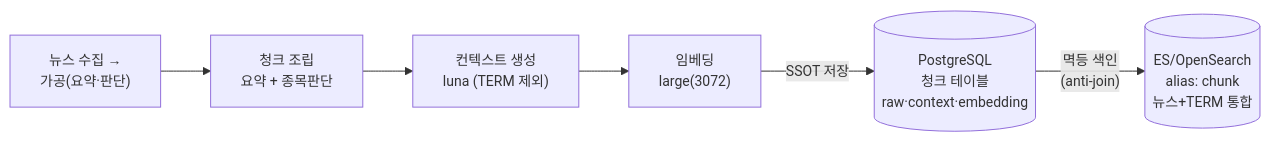
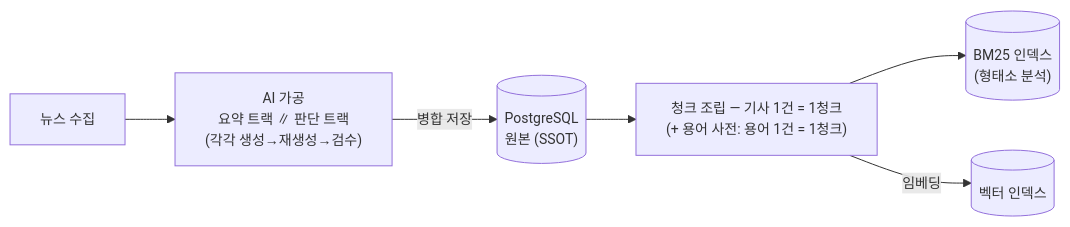
Before and after one commit to sttak-app/sttak-docs: the first of 2 diagrams in ai-chatbot/3-1-architecture.md, drawn with Mermaid. The commit also changed other lines of this file and 28 other files, not shown here.

````diff
--- a/ai-chatbot/3-1-architecture.md
+++ b/ai-chatbot/3-1-architecture.md
@@ -7,9 +25,9 @@
 ```mermaid
 %%{init: {"themeVariables": {"fontSize": "14px"}}}%%
 flowchart LR
-    B1["뉴스 수집 →<br/>가공(요약·판단)"] --> B2["청크 조립<br/>요약 + 종목판단"]
-    B2 --> B3["컨텍스트 생성<br/>luna (TERM 제외)"]
-    B3 --> B4["임베딩<br/>large(3072)"]
-    B4 -- "SSOT 저장" --> PG[("PostgreSQL<br/>청크 테이블<br/>raw·context·embedding")]
-    PG -- "멱등 색인<br/>(anti-join)" --> ES[("ES/OpenSearch<br/>alias: chunk<br/>뉴스+TERM 통합")]
+    N1["뉴스 수집"] --> N2["AI 가공<br/>요약 트랙 ∥ 판단 트랙<br/>(각각 생성→재생성→검수)"]
+    N2 -- "병합 저장" --> PG[("PostgreSQL<br/>원본 (SSOT)")]
+    PG --> C["청크 조립 — 기사 1건 = 1청크<br/>(+ 용어 사전: 용어 1건 = 1청크)"]
+    C --> B[("BM25 인덱스<br/>(형태소 분석)")]
+    C -- "임베딩" --> V[("벡터 인덱스")]
 ```
````
